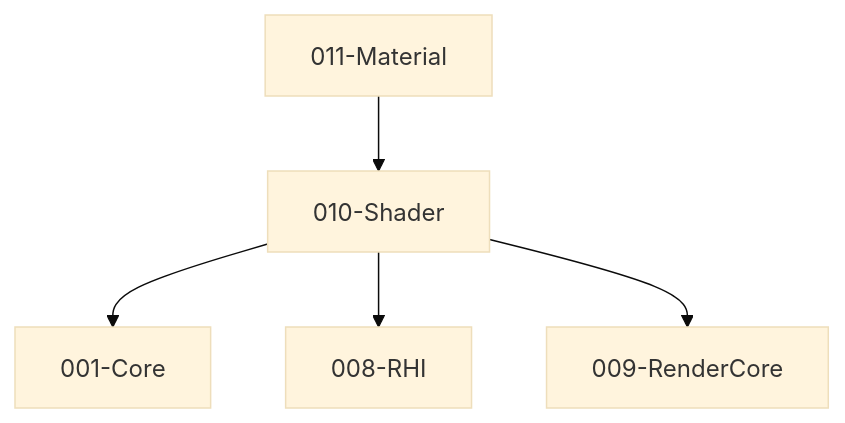
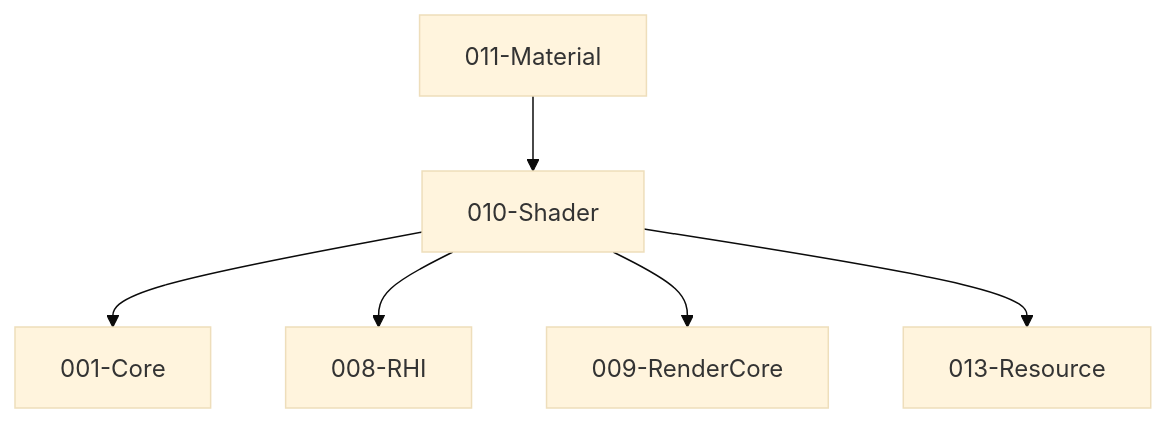
One commit to liangz0707/TenEngine changed the second of 2 diagrams in docs/module-specs/010-shader.md. Above: the diagram before and after it, drawn with Mermaid (base theme). The commit also changed other lines of this file and 59 other files, not shown here.

````diff
--- a/docs/module-specs/010-shader.md
+++ b/docs/module-specs/010-shader.md
@@ -72,12 +72,14 @@
 ```mermaid
 flowchart TB
   Core[001-Core]
   RHI[008-RHI]
   RC[009-RenderCore]
+  Res[013-Resource]
   Shader[010-Shader]
   Mt[011-Material]
   Shader --> Core
   Shader --> RHI
   Shader --> RC
+  Shader --> Res
   Mt --> Shader
 ```
````
